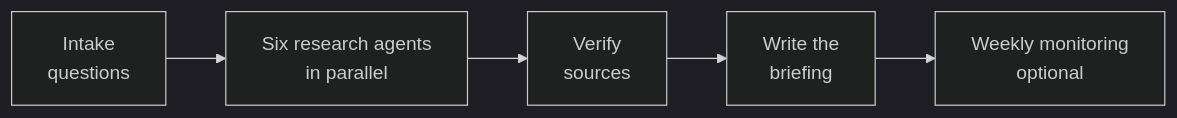
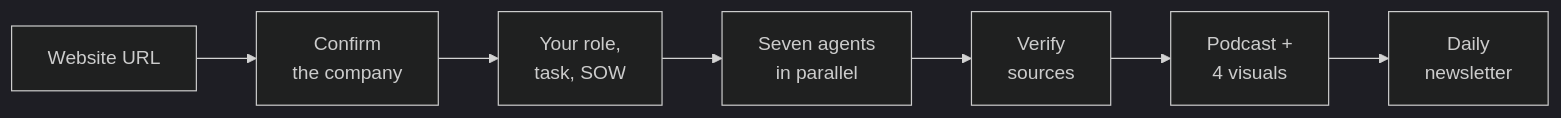
One commit to Nidhicollab/client-intelligence changed the diagram in README.md. Above: the diagram before and after it, drawn with Mermaid (dark theme). The commit also changed other lines of this file and 3 other files, not shown here.

````diff
--- a/README.md
+++ b/README.md
@@ -24,7 +48,9 @@
 ```mermaid
 flowchart LR
-    A[Intake<br/>questions] --> B[Six research agents<br/>in parallel]
-    B --> C[Verify<br/>sources]
-    C --> D[Write the<br/>briefing]
-    D --> E[Weekly monitoring<br/>optional]
+    A[Website URL] --> B[Confirm<br/>the company]
+    B --> C[Your role,<br/>task, SOW]
+    C --> D[Seven agents<br/>in parallel]
+    D --> E[Verify<br/>sources]
+    E --> F[Podcast +<br/>4 visuals]
+    F --> G[Daily<br/>newsletter]
 ```
````
